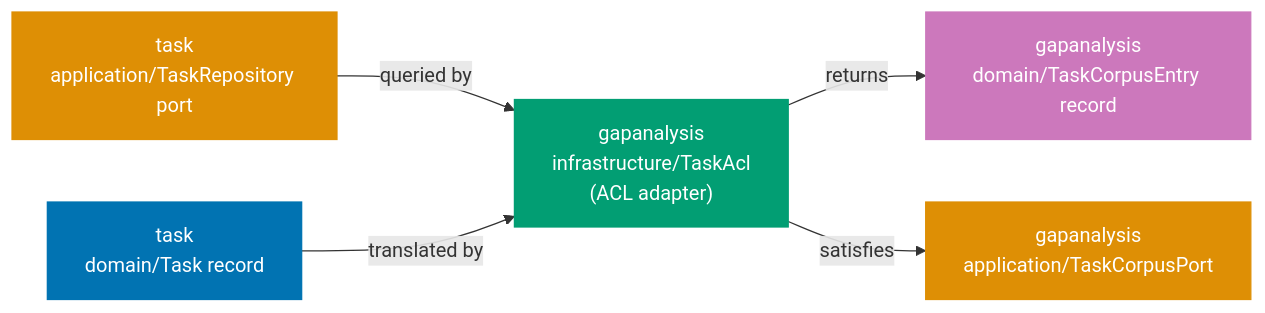
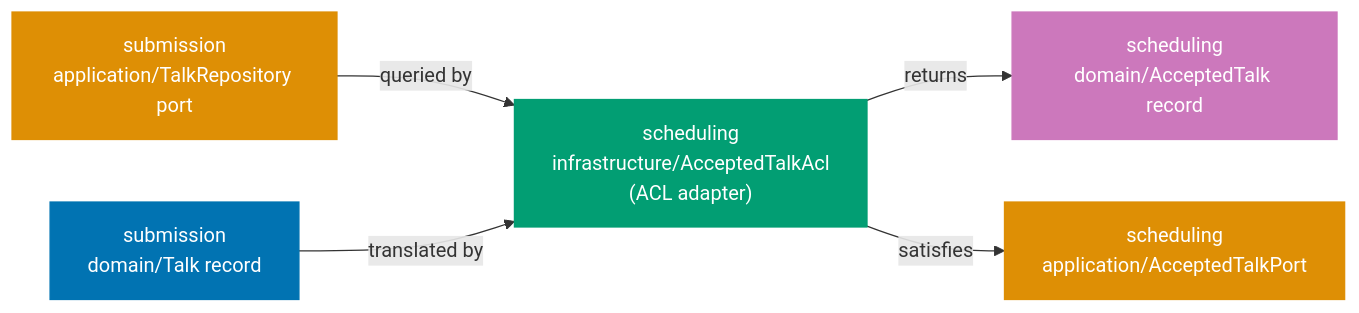
One commit to wahidyankf/open-sharia-enterprise changed the third of 3 diagrams in apps/ayokoding-web/content/en/learn/software-engineering/architecture/ddd-hexagonal-in-practice/oop-in-the-field/intermediate.md. Above: the diagram before and after it, drawn with Mermaid. The commit also changed other lines of this file and 11 other files, not shown here.

````diff
--- a/apps/ayokoding-web/content/en/learn/software-engineering/architecture/ddd-hexagonal-in-practice/oop-in-the-field/intermediate.md
+++ b/apps/ayokoding-web/content/en/learn/software-engineering/architecture/ddd-hexagonal-in-practice/oop-in-the-field/intermediate.md
@@ -1534,17 +1486,17 @@
 ```mermaid
 flowchart LR
-    taskdom["task\ndomain/Task record"]:::blue
-    taskport["task\napplication/TaskRepository port"]:::orange
-    acl["gapanalysis\ninfrastructure/TaskAcl\n(ACL adapter)"]:::teal
-    gaport["gapanalysis\napplication/TaskCorpusPort"]:::orange
-    gadom["gapanalysis\ndomain/TaskCorpusEntry record"]:::purple
-    taskport -->|"queried by"| acl
-    taskdom -->|"translated by"| acl
-    acl -->|"returns"| gadom
-    acl -->|"satisfies"| gaport
+    subdom["submission\ndomain/Talk record"]:::blue
+    subport["submission\napplication/TalkRepository port"]:::orange
+    acl["scheduling\ninfrastructure/AcceptedTalkAcl\n(ACL adapter)"]:::teal
+    schedport["scheduling\napplication/AcceptedTalkPort"]:::orange
+    scheddom["scheduling\ndomain/AcceptedTalk record"]:::purple
+    subport -->|"queried by"| acl
+    subdom -->|"translated by"| acl
+    acl -->|"returns"| scheddom
+    acl -->|"satisfies"| schedport
 
     classDef blue fill:#0173B2,color:#fff,stroke:#0173B2
     classDef orange fill:#DE8F05,color:#fff,stroke:#DE8F05
     classDef teal fill:#029E73,color:#fff,stroke:#029E73
     classDef purple fill:#CC78BC,color:#fff,stroke:#CC78BC
 ```
````
